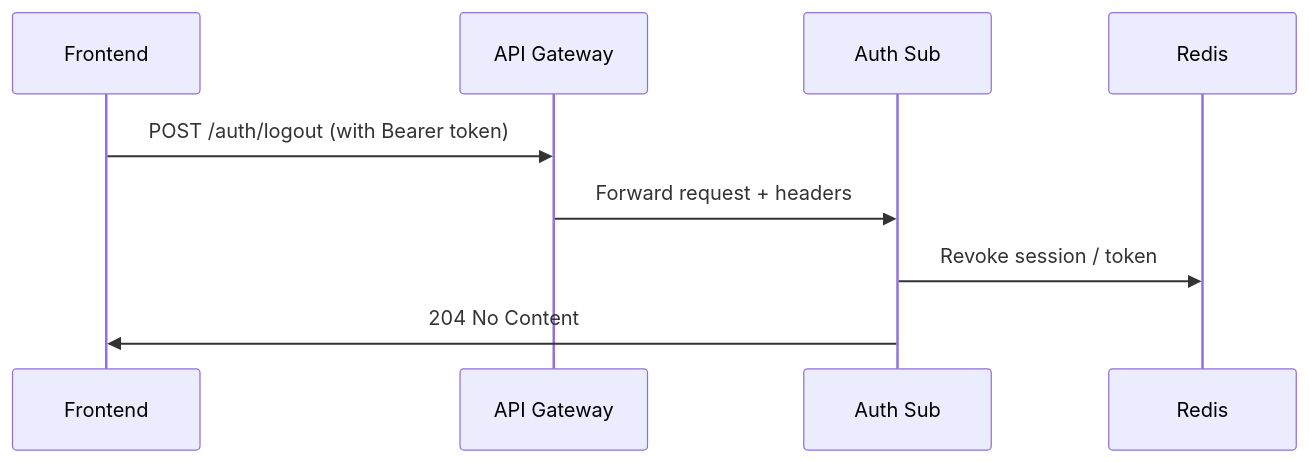
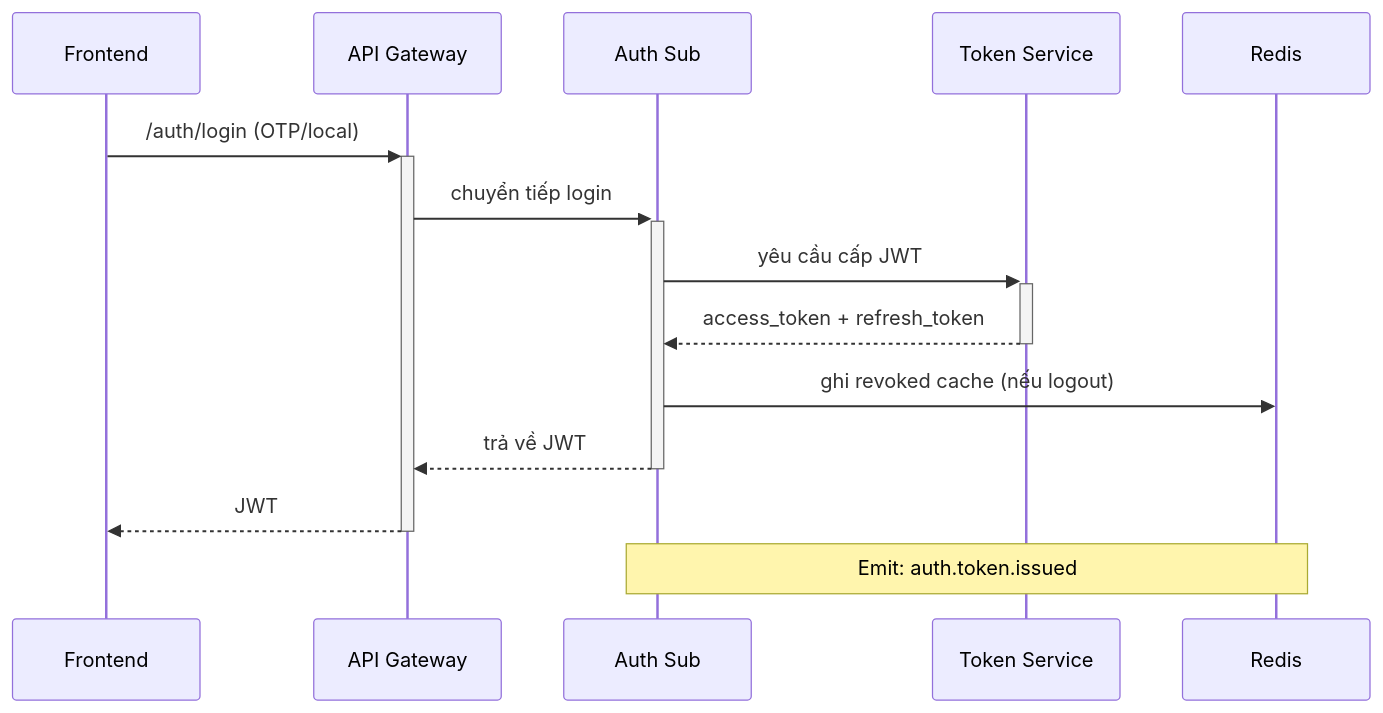
Before and after one commit to ezdesign-vn/dx-vas: the diagram in docs/services/auth-service/sub/interface-contract.md, drawn with Mermaid. The commit also changed other lines of this file and 4 other files, not shown here.

Commit message:
fulfill adjusting auth service sub

````diff
--- a/docs/services/auth-service/sub/interface-contract.md
+++ b/docs/services/auth-service/sub/interface-contract.md
@@ -320,12 +157,18 @@
 ```mermaid
 sequenceDiagram
-    participant FE as Frontend
-    participant GW as API Gateway
-    participant AU as Auth Sub
-    participant RS as Redis
+  participant Frontend
+  participant API Gateway
+  participant Auth Sub
+  participant Token Service
+  participant Redis
 
-    FE->>GW: POST /auth/logout (with Bearer token)
-    GW->>AU: Forward request + headers
-    AU->>RS: Revoke session / token
-    AU->>FE: 204 No Content
+  Frontend->>+API Gateway: /auth/login (OTP/local)
+  API Gateway->>+Auth Sub: chuyển tiếp login
+  Auth Sub->>+Token Service: yêu cầu cấp JWT
+  Token Service-->>-Auth Sub: access_token + refresh_token
+  Auth Sub->>Redis: ghi revoked cache (nếu logout)
+  Auth Sub-->>-API Gateway: trả về JWT
+  API Gateway-->>-Frontend: JWT
+
+  note over Auth Sub,Redis: Emit: auth.token.issued
 ```
````
